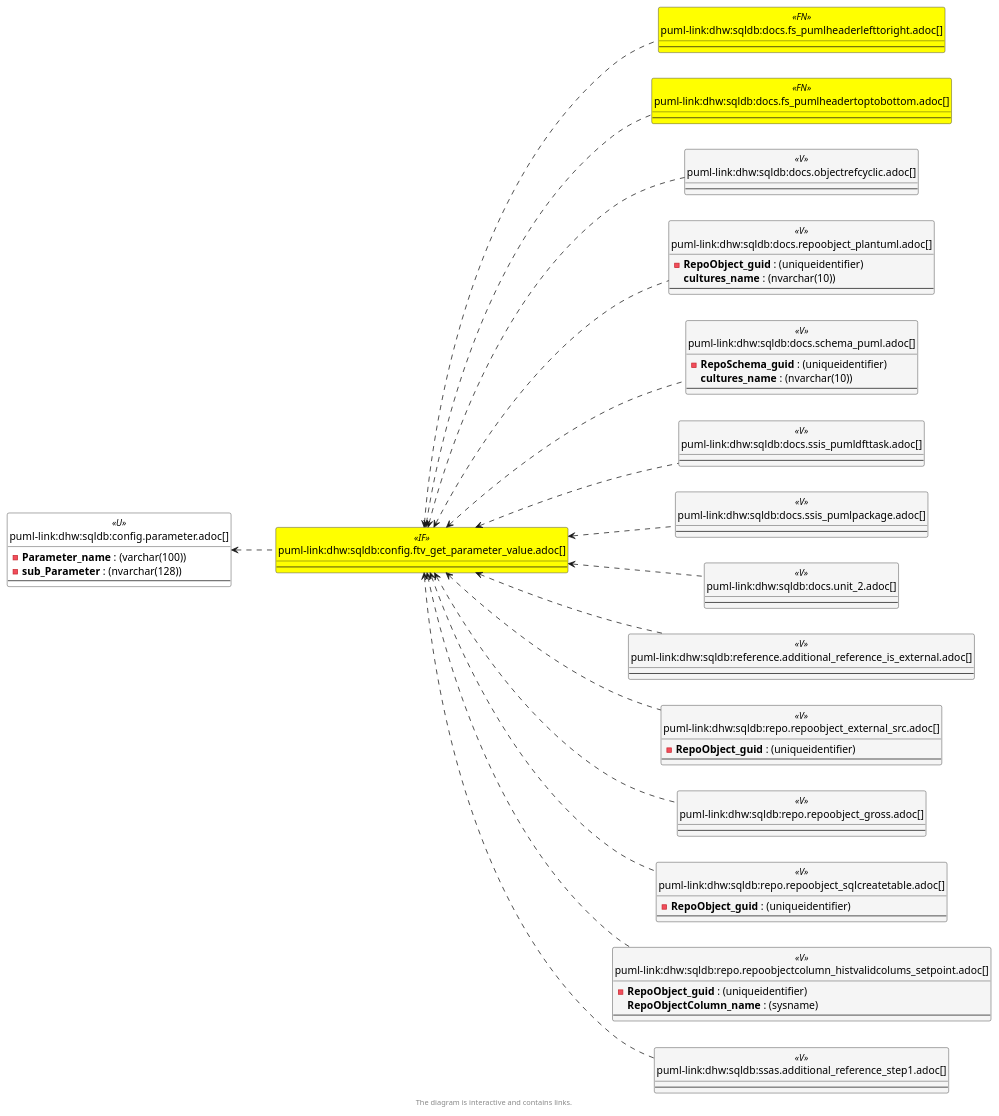
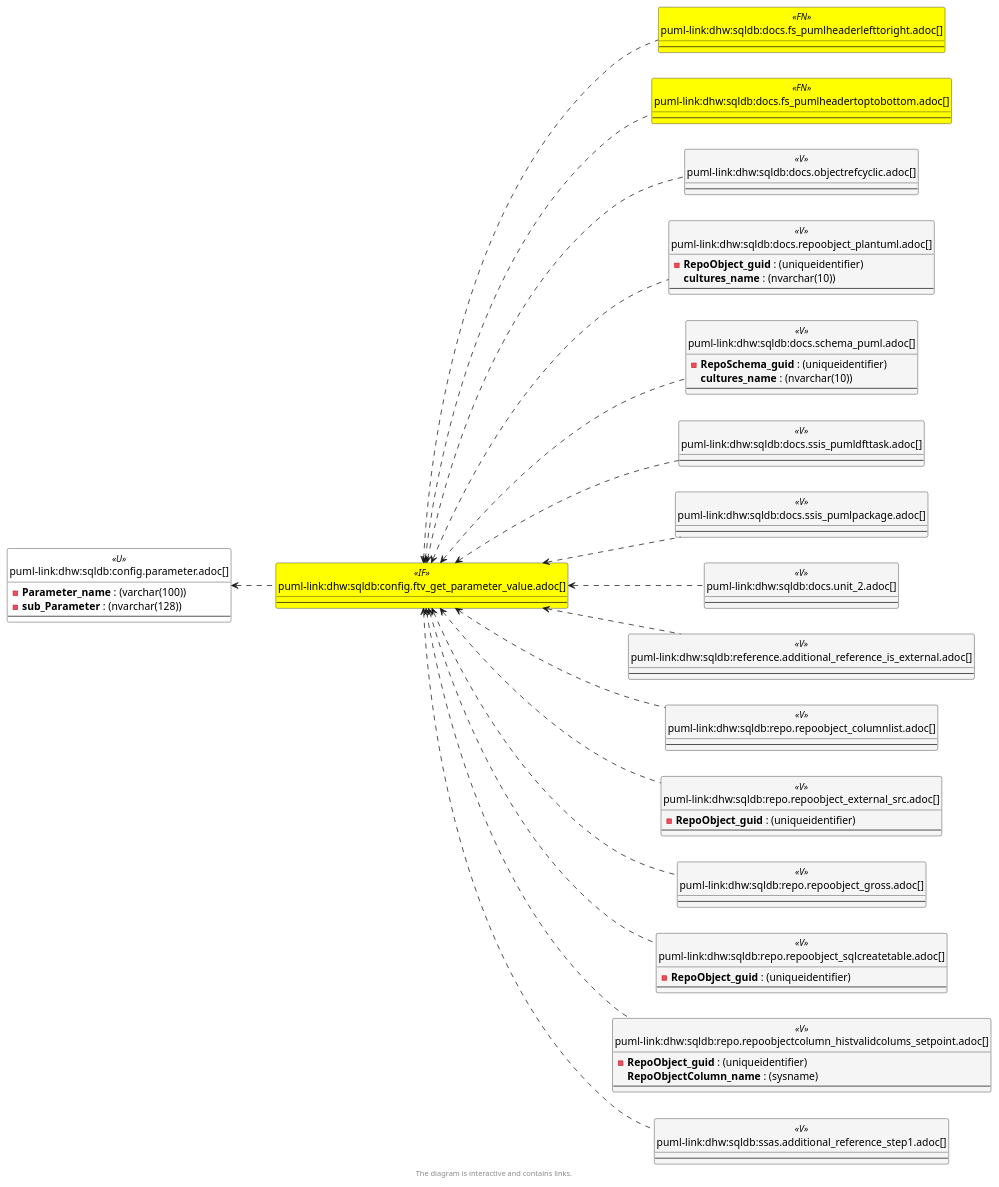
The third of 6 diagrams in docs/modules/sqldb/partials/content/config.ftv_get_parameter_value.adoc (DataHandwerk/dhw-antora-sqldb), drawn with PlantUML before and after one commit. The commit also changed other lines of this file and 751 other files, not shown here.

```diff
--- a/docs/modules/sqldb/partials/content/config.ftv_get_parameter_value.adoc
+++ b/docs/modules/sqldb/partials/content/config.ftv_get_parameter_value.adoc
@@ -670,6 +671,10 @@
   --
 }
 
+entity "puml-link:dhw:sqldb:repo.repoobject_columnlist.adoc[]" as repo.RepoObject_ColumnList << V >> {
+  --
+}
+
 entity "puml-link:dhw:sqldb:repo.repoobject_external_src.adoc[]" as repo.RepoObject_external_src << V >> {
   - **RepoObject_guid** : (uniqueidentifier)
   --
@@ -695,10 +700,12 @@
 }
 
 config.ftv_get_parameter_value <.. repo.RepoObjectColumn_HistValidColums_setpoint
+config.ftv_get_parameter_value <.. repo.RepoObject_ColumnList
 config.ftv_get_parameter_value <.. repo.RepoObject_gross
 config.ftv_get_parameter_value <.. repo.RepoObject_SqlCreateTable
 config.ftv_get_parameter_value <.. docs.RepoObject_Plantuml
 config.ftv_get_parameter_value <.. docs.ObjectRefCyclic
+config.ftv_get_parameter_value <.. docs.ssis_PumlDftTask
 config.ftv_get_parameter_value <.. docs.fs_PumlHeaderLeftToRight
 config.ftv_get_parameter_value <.. docs.fs_PumlHeaderTopToBottom
 config.ftv_get_parameter_value <.. docs.Schema_puml
@@ -707,7 +714,6 @@
 config.ftv_get_parameter_value <.. reference.additional_Reference_is_external
 config.ftv_get_parameter_value <.. ssas.additional_Reference_step1
 config.ftv_get_parameter_value <.. docs.ssis_PumlPackage
-config.ftv_get_parameter_value <.. docs.ssis_PumlDftTask
 config.Parameter <.. config.ftv_get_parameter_value
 
 footer The diagram is interactive and contains links.
```
